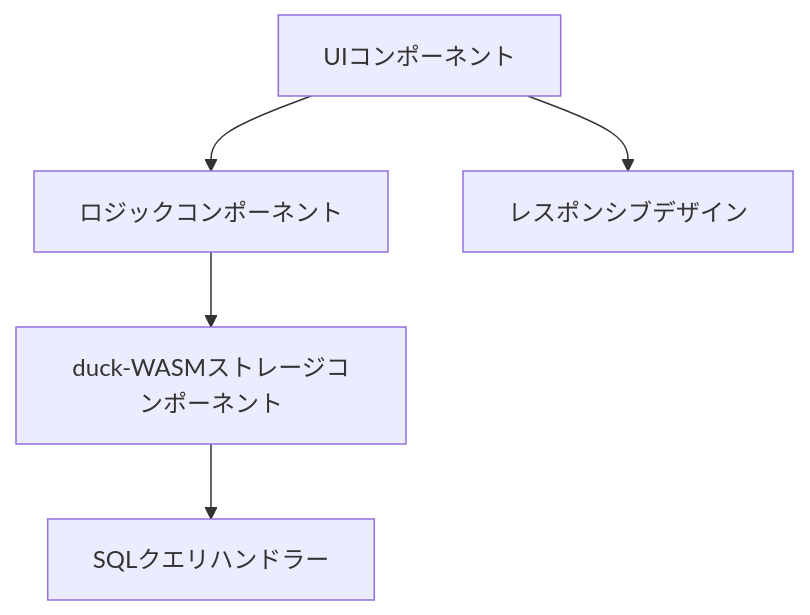
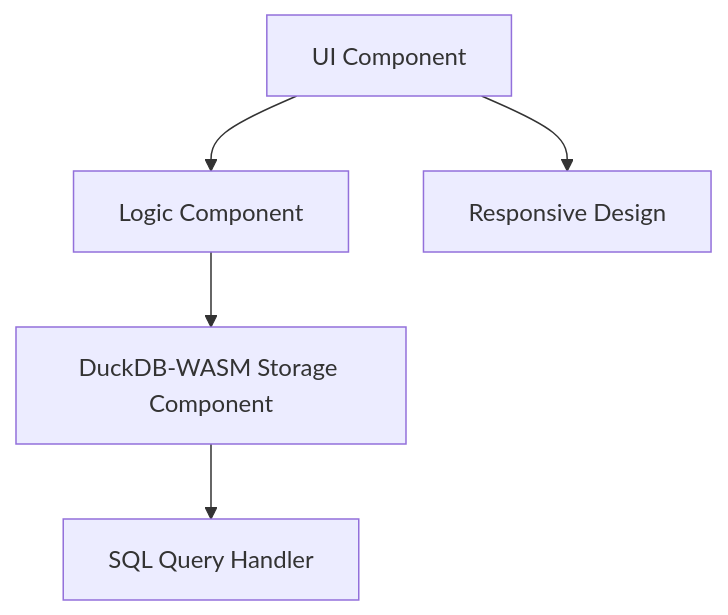
The diagram in docs/duck-wasm-schema.md (ttekun/nextjs-todo-example), drawn with Mermaid before and after one commit. The commit also changed other lines of this file and 4 other files, not shown here.

````diff
--- a/docs/duck-wasm-schema.md
+++ b/docs/duck-wasm-schema.md
@@ -13,7 +14,7 @@
 ```mermaid
 graph TD
-    A[UIコンポーネント] --> B[ロジックコンポーネント]
-    B --> C[duck-WASMストレージコンポーネント]
-    C --> D[SQLクエリハンドラー]
-    A --> E[レスポンシブデザイン]
+    A[UI Component] --> B[Logic Component]
+    B --> C[DuckDB-WASM Storage Component]
+    C --> D[SQL Query Handler]
+    A --> E[Responsive Design]
 ```
````
